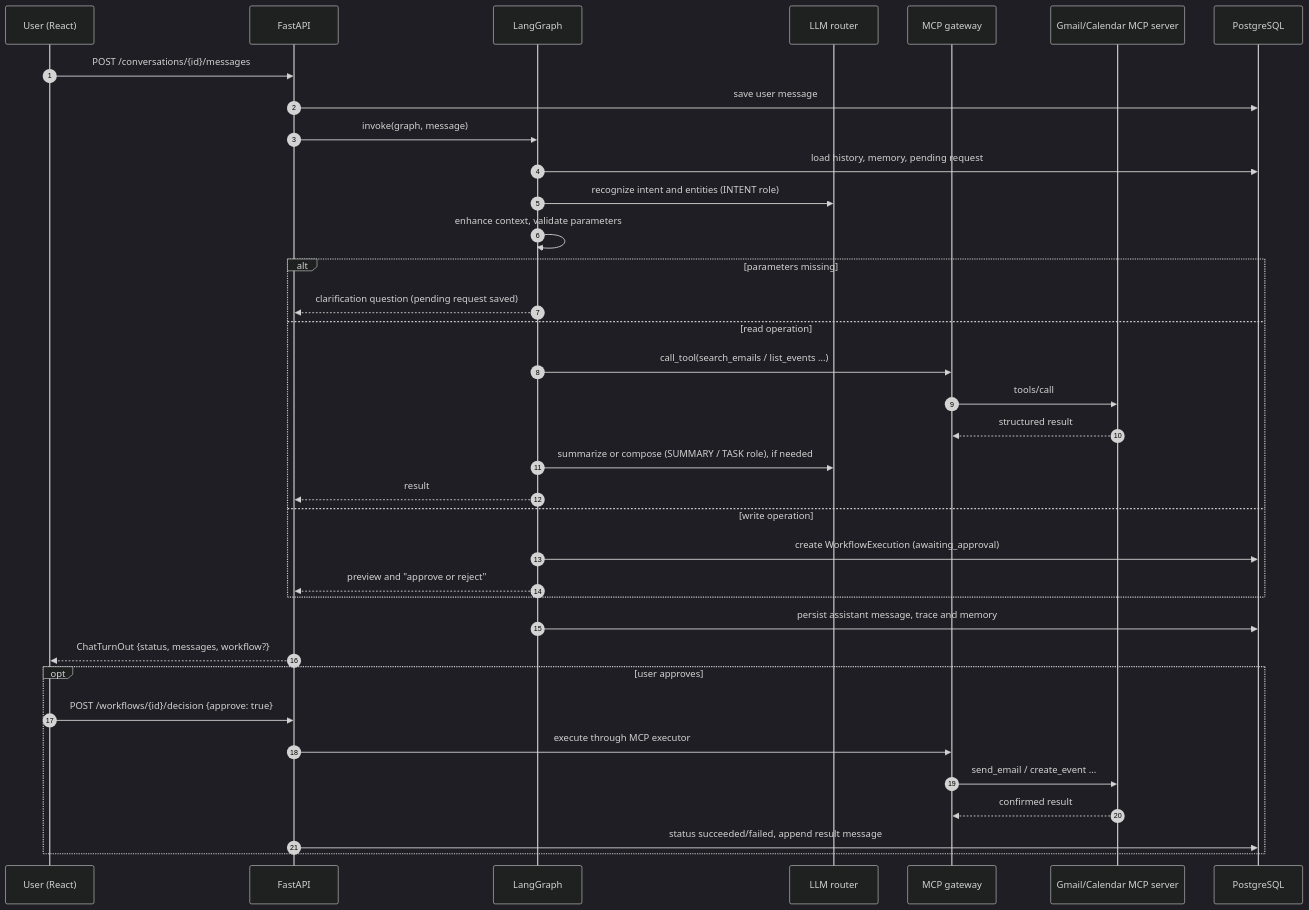
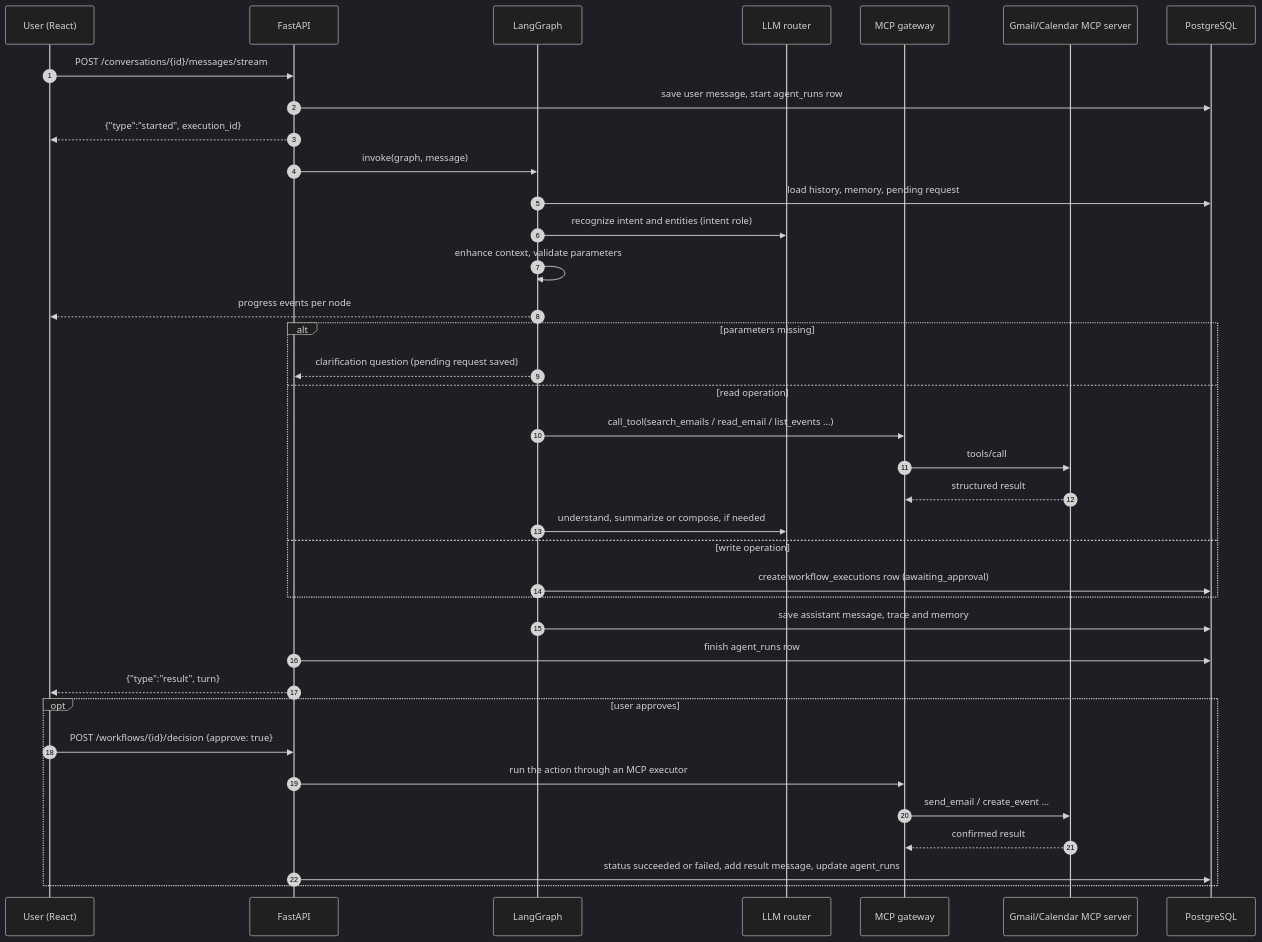
Before and after one commit to harika88388/agentic-workflow-assistant: the second of 5 diagrams in README.md, drawn with Mermaid (dark theme). The commit also changed other lines of this file and 60 other files, not shown here.

````diff
--- a/README.md
+++ b/README.md
@@ -143,40 +168,41 @@
 ```mermaid
 sequenceDiagram
     autonumber
     participant U as User (React)
     participant A as FastAPI
     participant G as LangGraph
     participant L as LLM router
     participant M as MCP gateway
     participant S as Gmail/Calendar MCP server
     participant D as PostgreSQL
 
-    U->>A: POST /conversations/{id}/messages
-    A->>D: save user message
+    U->>A: POST /conversations/{id}/messages/stream
+    A->>D: save user message, start agent_runs row
+    A-->>U: {"type":"started", execution_id}
     A->>G: invoke(graph, message)
     G->>D: load history, memory, pending request
-    G->>L: recognize intent and entities (INTENT role)
+    G->>L: recognize intent and entities (intent role)
     G->>G: enhance context, validate parameters
+    G-->>U: progress events per node
     alt parameters missing
         G-->>A: clarification question (pending request saved)
     else read operation
-        G->>M: call_tool(search_emails / list_events ...)
+        G->>M: call_tool(search_emails / read_email / list_events ...)
         M->>S: tools/call
         S-->>M: structured result
-        G->>L: summarize or compose (SUMMARY / TASK role), if needed
-        G-->>A: result
+        G->>L: understand, summarize or compose, if needed
     else write operation
-        G->>D: create WorkflowExecution (awaiting_approval)
-        G-->>A: preview and "approve or reject"
+        G->>D: create workflow_executions row (awaiting_approval)
     end
-    G->>D: persist assistant message, trace and memory
-    A-->>U: ChatTurnOut {status, messages, workflow?}
+    G->>D: save assistant message, trace and memory
+    A->>D: finish agent_runs row
+    A-->>U: {"type":"result", turn}
 
     opt user approves
         U->>A: POST /workflows/{id}/decision {approve: true}
-        A->>M: execute through MCP executor
+        A->>M: run the action through an MCP executor
         M->>S: send_email / create_event ...
         S-->>M: confirmed result
-        A->>D: status succeeded/failed, append result message
+        A->>D: status succeeded or failed, add result message, update agent_runs
     end
 ```
````
